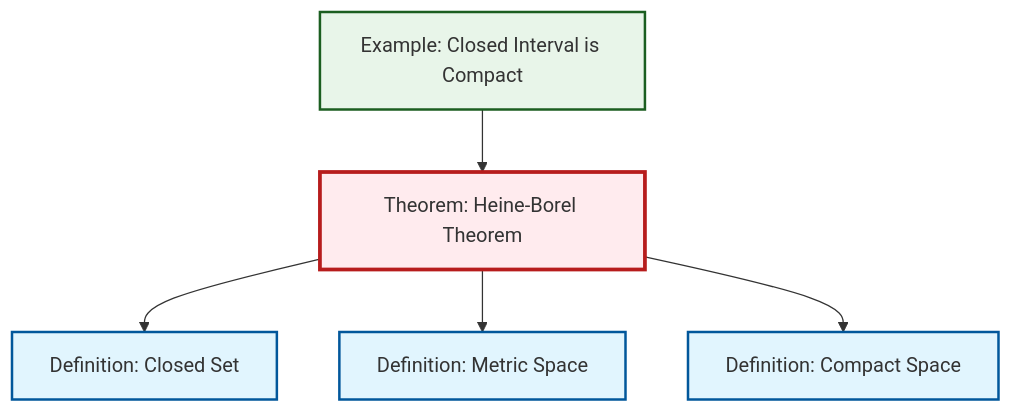
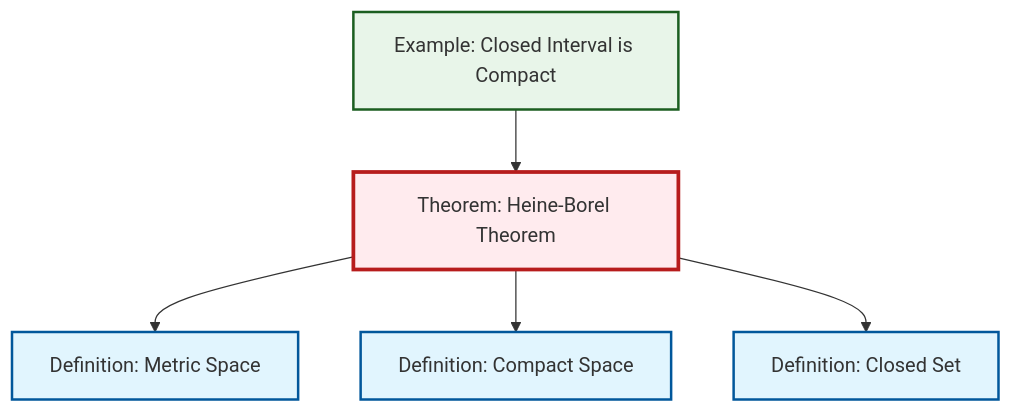
Before and after one commit to RK0429/ModernMath: the diagram in content/en/topology/thm-heine-borel.qmd, drawn with Mermaid. The commit also changed other lines of this file and 434 other files, not shown here.

````diff
--- a/content/en/topology/thm-heine-borel.qmd
+++ b/content/en/topology/thm-heine-borel.qmd
@@ -46,23 +46,23 @@
 ```{mermaid}
 %%| fig-cap: "Local dependency graph"
 graph TD
     classDef definition fill:#e1f5fe,stroke:#01579b,stroke-width:2px
     classDef theorem fill:#f3e5f5,stroke:#4a148c,stroke-width:2px
     classDef axiom fill:#fff3e0,stroke:#e65100,stroke-width:2px
     classDef example fill:#e8f5e9,stroke:#1b5e20,stroke-width:2px
     classDef current fill:#ffebee,stroke:#b71c1c,stroke-width:3px
-    def-compact["Definition: Compact Space"]:::definition
+    def-closed-set["Definition: Closed Set"]:::definition
     ex-closed-interval-compact["Example: Closed Interval is Compact"]:::example
-    def-closed-set["Definition: Closed Set"]:::definition
     def-metric-space["Definition: Metric Space"]:::definition
     thm-heine-borel["Theorem: Heine-Borel Theorem"]:::theorem
+    def-compact["Definition: Compact Space"]:::definition
+    ex-closed-interval-compact --> thm-heine-borel
+    thm-heine-borel --> def-metric-space
+    thm-heine-borel --> def-compact
     thm-heine-borel --> def-closed-set
-    thm-heine-borel --> def-metric-space
-    ex-closed-interval-compact --> thm-heine-borel
-    thm-heine-borel --> def-compact
     class thm-heine-borel current
+    click def-closed-set "def-closed-set.html" "Go to Closed Set definition"
+    click ex-closed-interval-compact "ex-closed-interval-compact.html" "Go to Closed Interval is Compact example"
+    click def-metric-space "def-metric-space.html" "Go to Metric Space definition"
     click def-compact "def-compact.html" "Go to Compact Space definition"
-    click ex-closed-interval-compact "ex-closed-interval-compact.html" "Go to Closed Interval is Compact example"
-    click def-closed-set "def-closed-set.html" "Go to Closed Set definition"
-    click def-metric-space "def-metric-space.html" "Go to Metric Space definition"
 ```
````
